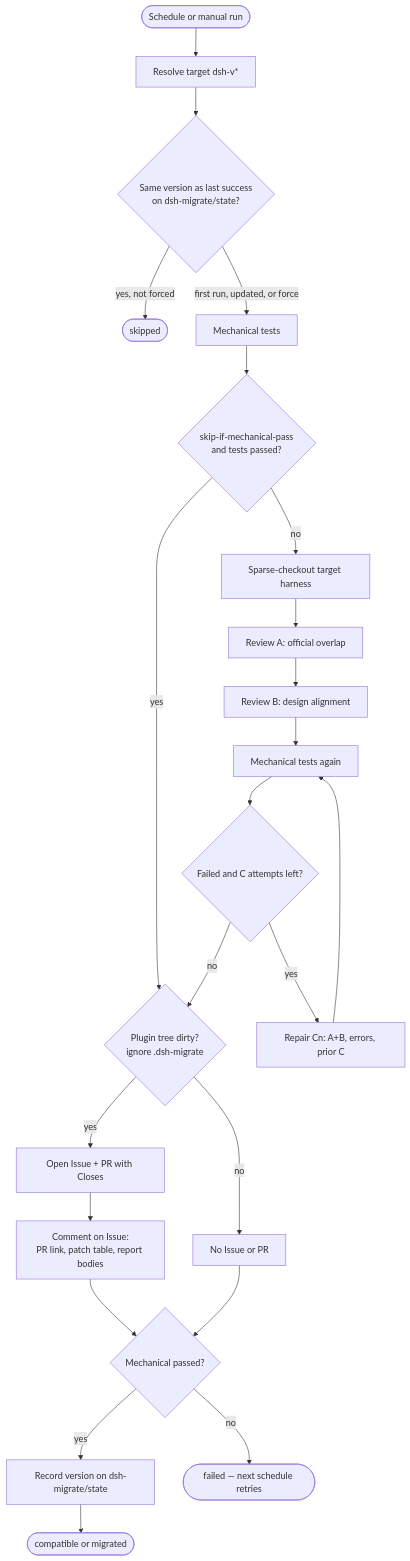
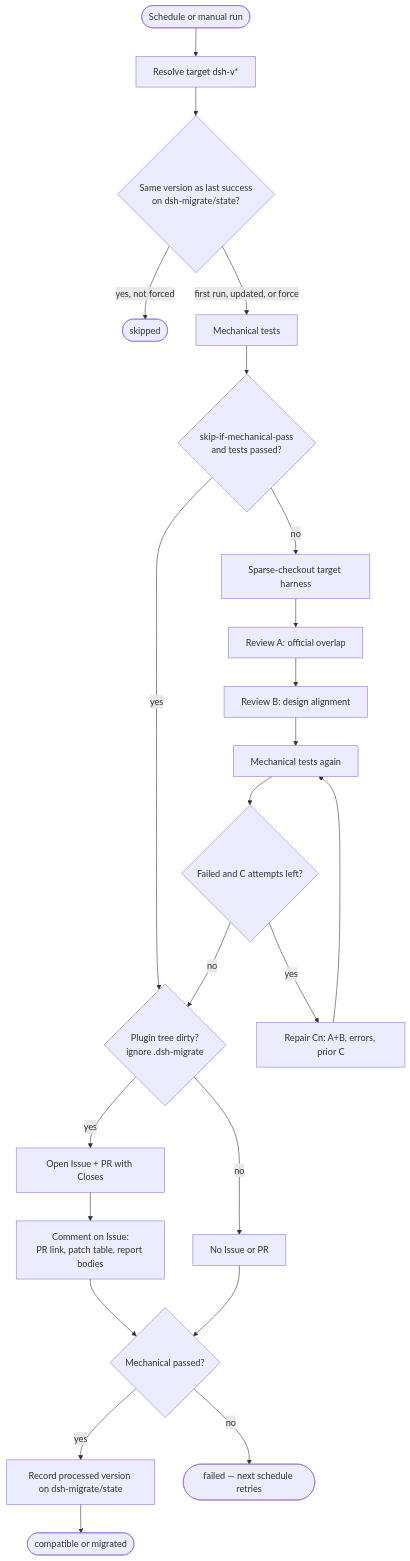
One commit to royenheart/dsh-migrate-bot changed the diagram in README.md. Above: the diagram before and after it, drawn with Mermaid. The commit also changed other lines of this file and 16 other files, not shown here.

First line of the commit message:
feat: split processed and verified dsh badge state

````diff
--- a/README.md
+++ b/README.md
@@ -25,25 +33,25 @@
 ```mermaid
 flowchart TD
   start([Schedule or manual run]) --> resolve[Resolve target dsh-v*]
   resolve --> gate{Same version as last success<br/>on dsh-migrate/state?}
   gate -->|yes, not forced| skipped([skipped])
   gate -->|first run, updated, or force| mech[Mechanical tests]
   mech --> skipAB{skip-if-mechanical-pass<br/>and tests passed?}
   skipAB -->|yes| dirty
   skipAB -->|no| checkout[Sparse-checkout target harness]
   checkout --> A[Review A: official overlap]
   A --> B[Review B: design alignment]
   B --> retest[Mechanical tests again]
   retest --> loop{Failed and C attempts left?}
   loop -->|yes| C[Repair Cn: A+B, errors, prior C]
   C --> retest
   loop -->|no| dirty{Plugin tree dirty?<br/>ignore .dsh-migrate}
   dirty -->|no| nopublish[No Issue or PR]
   dirty -->|yes| pr[Open Issue + PR with Closes]
   pr --> comment[Comment on Issue:<br/>PR link, patch table, report bodies]
   comment --> rec
   nopublish --> rec{Mechanical passed?}
-  rec -->|yes| save[Record version on dsh-migrate/state]
+  rec -->|yes| save[Record processed version on dsh-migrate/state]
   rec -->|no| failed([failed — next schedule retries])
   save --> done([compatible or migrated])
 ```
````
